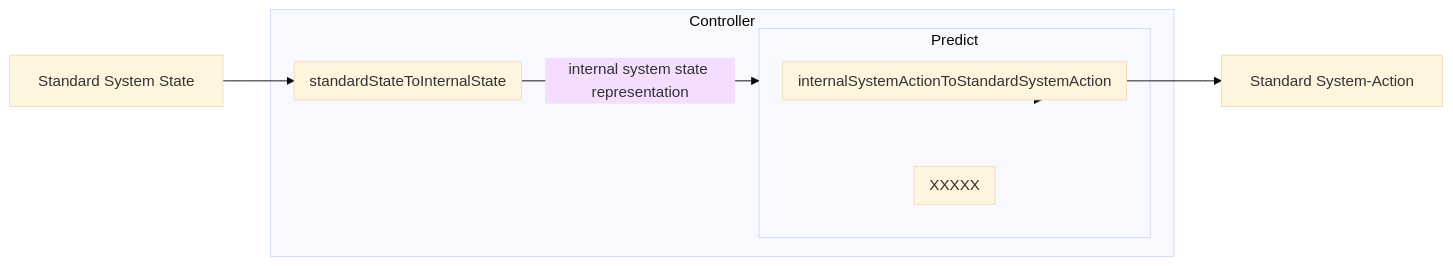
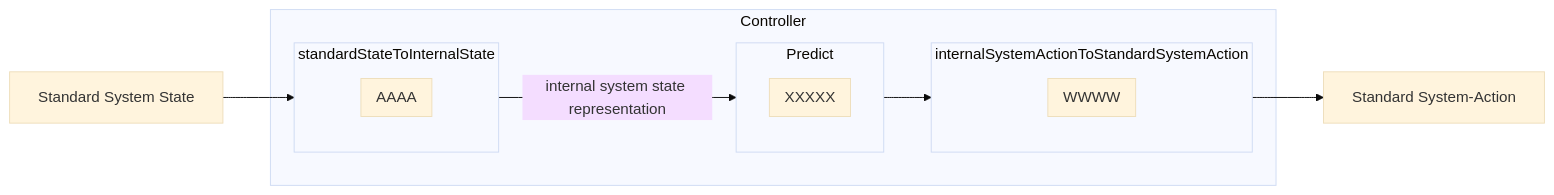
Before and after one commit to TW-Robotics/SAMYControl: the fourth of 4 diagrams in README.md, drawn with Mermaid (base theme).

````diff
--- a/README.md
+++ b/README.md
@@ -45,18 +45,22 @@
 ```mermaid
 flowchart LR
   subgraph Controller
 	subgraph standardStateToInternalState
+	    subgraph AAAA
+	    end
 	end
-      subgraph Predict
+        subgraph Predict
             subgraph XXXXX
 	    end
+        end
 	subgraph internalSystemActionToStandardSystemAction
-	end
-      end
+	    subgraph WWWW
+	    end
+        end
   end
   A[Standard System State] --> standardStateToInternalState
   standardStateToInternalState -- internal system state representation --> Predict
   Predict --> internalSystemActionToStandardSystemAction
   internalSystemActionToStandardSystemAction --> B[Standard System-Action]
 
 ```
````
